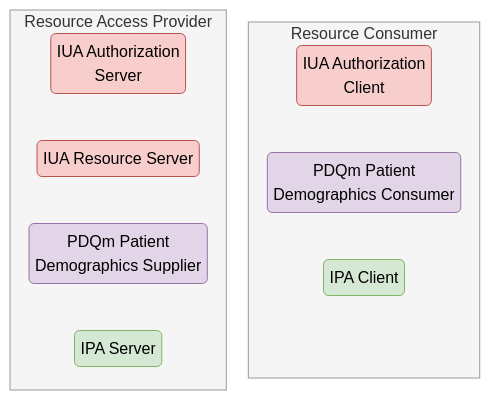
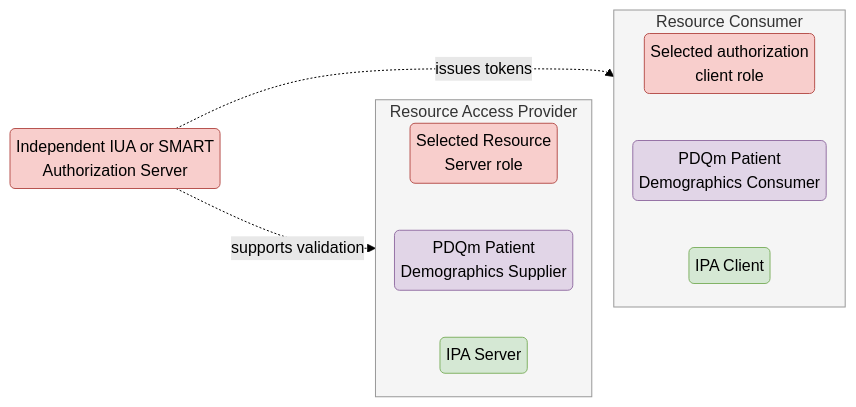
Before and after one commit to euridice-org/eu-health-data-api: the diagram in input/images-source/resExchange_2.mmd, drawn with Mermaid (forest theme). The commit also changed 22 other files, not shown here.

Commit message:
FHIR-api-auth: Update specification to reflect consensus on authorization

```diff
--- a/input/images-source/resExchange_2.mmd
+++ b/input/images-source/resExchange_2.mmd
@@ -1,31 +1,31 @@
 %% Resource Access - Actor Groupings (Figure 7, actors.html)
 %% Regenerate: mmdc -i resExchange_2.mmd -o ../images/resExchange_2.png -b white -s 3 -p /tmp/pptr.json
 %%{init: {'flowchart': {'nodeSpacing': 18, 'rankSpacing': 22, 'padding': 6}}}%%
 flowchart LR
     subgraph Provider["Resource Access Provider"]
         direction TB
-        P1("IUA Authorization<br/>Server")
-        P2("IUA Resource Server")
-        P3("PDQm Patient<br/>Demographics Supplier")
-        P4("IPA Server")
-        P1 ~~~ P2 ~~~ P3 ~~~ P4
+        P1("Selected Resource<br/>Server role")
+        P2("PDQm Patient<br/>Demographics Supplier")
+        P3("IPA Server")
+        P1 ~~~ P2 ~~~ P3
     end
     subgraph Consumer["Resource Consumer"]
         direction TB
-        C1("IUA Authorization<br/>Client")
+        C1("Selected authorization<br/>client role")
         C2("PDQm Patient<br/>Demographics Consumer")
         C3("IPA Client")
-        C0[" "]:::spacer
-        C1 ~~~ C2 ~~~ C3 ~~~ C0
+        C1 ~~~ C2 ~~~ C3
     end
+    AS("Independent IUA or SMART<br/>Authorization Server")
     Provider ~~~ Consumer
+    AS -. "issues tokens" .-> C1
+    AS -. "supports validation" .-> P1
 
-    classDef iua fill:#f8cecc,stroke:#b85450,color:#000000;
+    classDef auth fill:#f8cecc,stroke:#b85450,color:#000000;
     classDef pdqm fill:#e1d5e7,stroke:#9673a6,color:#000000;
     classDef ipa fill:#d5e8d4,stroke:#82b366,color:#000000;
-    classDef spacer fill:#f5f5f5,stroke:#f5f5f5,color:#f5f5f5;
-    class P1,P2,C1 iua;
-    class P3,C2 pdqm;
-    class P4,C3 ipa;
+    class P1,C1,AS auth;
+    class P2,C2 pdqm;
+    class P3,C3 ipa;
     style Provider fill:#f5f5f5,stroke:#999999,color:#333333;
     style Consumer fill:#f5f5f5,stroke:#999999,color:#333333;
```
